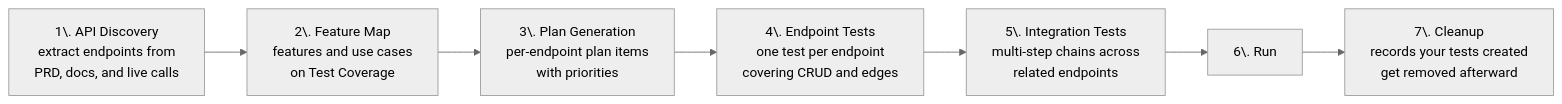
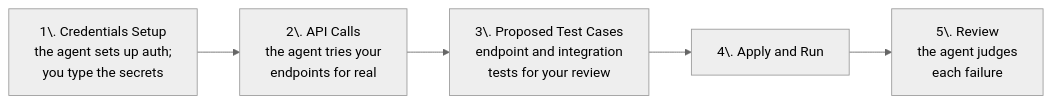
Before and after one commit to TestSprite/Docs: the diagram in web-portal/core/api/api-testing.mdx, drawn with Mermaid (neutral theme). The commit also changed other lines of this file and 283 other files, not shown here.

First line of the commit message:
docs: sync from Docs-dev docs/v31-concise (CLI 0.17 docs, 4.0 agent flow, docs branding)

````diff
--- a/web-portal/core/api/api-testing.mdx
+++ b/web-portal/core/api/api-testing.mdx
@@ -26,12 +24,10 @@
 ```mermaid
 flowchart LR
-    A["1\. API Discovery<br/>extract endpoints from<br/>PRD, docs, and live calls"]
-    M["2\. Feature Map<br/>features and use cases<br/>on Test Coverage"]
-    B["3\. Plan Generation<br/>per-endpoint plan items<br/>with priorities"]
-    C["4\. Endpoint Tests<br/>one test per endpoint<br/>covering CRUD and edges"]
-    D["5\. Integration Tests<br/>multi-step chains across<br/>related endpoints"]
-    E["6\. Run"]
-    F["7\. Cleanup<br/>records your tests created<br/>get removed afterward"]
+    A["1\. Credentials Setup<br/>the agent sets up auth;<br/>you type the secrets"]
+    B["2\. API Calls<br/>the agent tries your<br/>endpoints for real"]
+    C["3\. Proposed Test Cases<br/>endpoint and integration<br/>tests for your review"]
+    D["4\. Apply and Run"]
+    E["5\. Review<br/>the agent judges<br/>each failure"]
 
-    A --> M --> B --> C --> D --> E --> F
+    A --> B --> C --> D --> E
 ```
````
